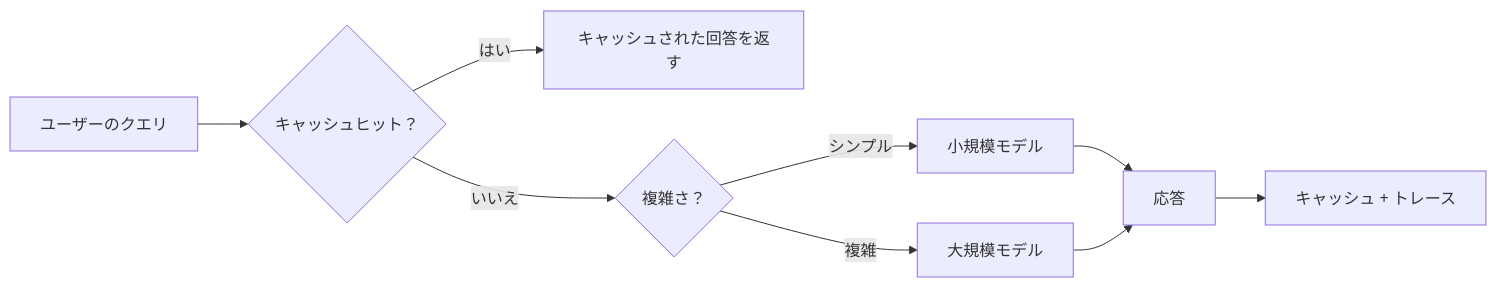
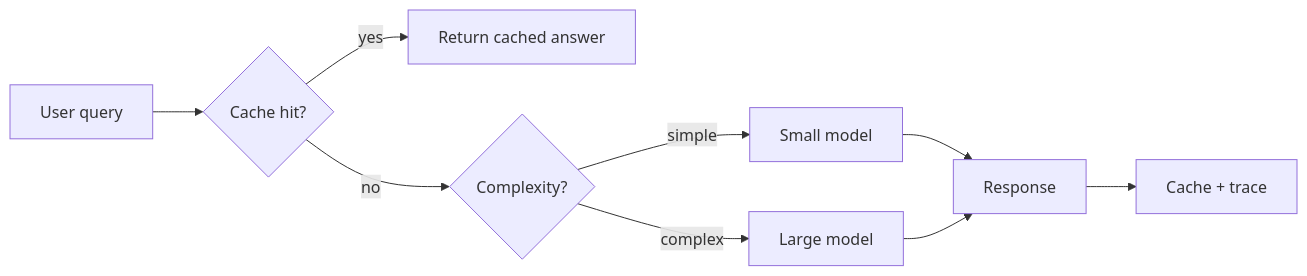
One commit to microsoft/ai-agents-for-beginners changed the third of 4 diagrams in translations/ja/16-deploying-scalable-agents/README.md. Above: the diagram before and after it, drawn with Mermaid. The commit also changed other lines of this file and 50 other files, not shown here.

````diff
--- a/translations/ja/16-deploying-scalable-agents/README.md
+++ b/translations/ja/16-deploying-scalable-agents/README.md
@@ -134,11 +134,11 @@
 ```mermaid
 flowchart LR
-    Q[ユーザーのクエリ] --> C{キャッシュヒット？}
-    C -->|はい| R[キャッシュされた回答を返す]
-    C -->|いいえ| Router{複雑さ？}
-    Router -->|シンプル| SLM[小規模モデル]
-    Router -->|複雑| LLM[大規模モデル]
-    SLM --> Out[応答]
+    Q[User query] --> C{Cache hit?}
+    C -->|yes| R[Return cached answer]
+    C -->|no| Router{Complexity?}
+    Router -->|simple| SLM[Small model]
+    Router -->|complex| LLM[Large model]
+    SLM --> Out[Response]
     LLM --> Out
-    Out --> Store[キャッシュ + トレース]
+    Out --> Store[Cache + trace]
 ```
````
